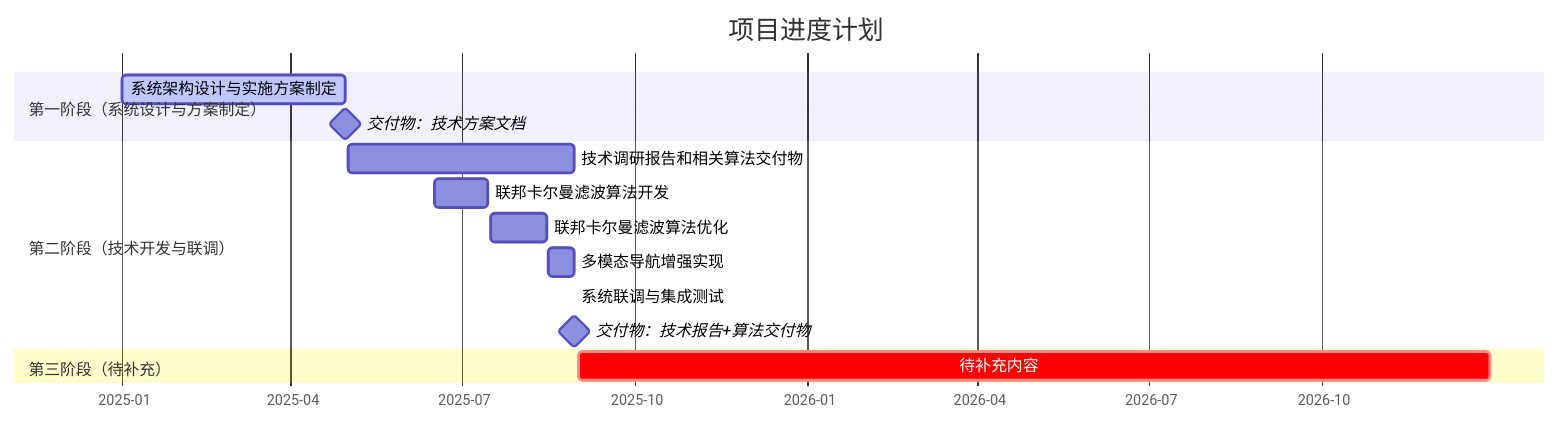
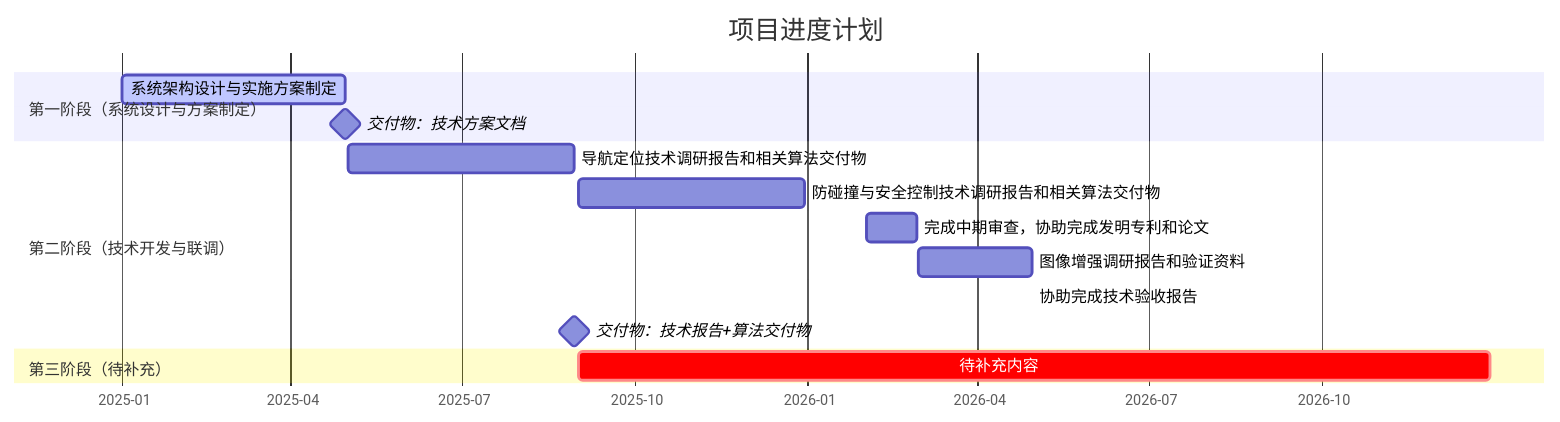
Before and after one commit to 12wym/study: the diagram in README.md, drawn with Mermaid. The commit also changed 1 other file, not shown here.

Commit message:
vault backup: 2025-05-18 17:11:21

````diff
--- a/README.md
+++ b/README.md
@@ -4,34 +4,34 @@
 ```mermaid
 
 gantt
 
     title 项目进度计划
 
     dateFormat  YYYY-MM-DD
 
     axisFormat  %Y-%m
 
     section 第一阶段（系统设计与方案制定）
 
     系统架构设计与实施方案制定 :active, a1, 2025-01-01, 2025-04-30
 
     交付物：技术方案文档          :milestone, m1, 2025-04-30, 0d
 
     section 第二阶段（技术开发与联调）
 
-    技术调研报告和相关算法交付物        :a2, 2025-05-01, 2025-08-30
+    导航定位技术调研报告和相关算法交付物        :a2, 2025-05-01, 2025-08-30
 
-    联邦卡尔曼滤波算法开发        :a3, 2025-06-16, 2025-07-15
+    防碰撞与安全控制技术调研报告和相关算法交付物       :a3, 2025-09-01, 2025-12-30
 
-    联邦卡尔曼滤波算法优化        :a4, 2025-07-16, 2025-08-15
+    完成中期审查，协助完成发明专利和论文      :a4, 2026-02-01, 2026-02-28
 
-    多模态导航增强实现            :a5, 2025-08-16, 2025-08-30
+    图像增强调研报告和验证资料:a5, 2026-03-01, 2026-04-30
 
-    系统联调与集成测试            :a6, after a5, 2025-08-30
+    协助完成技术验收报告           :a6, after a5, 2026-04-30
 
     交付物：技术报告+算法交付物    :milestone, m2, 2025-08-30, 0d
 
     section 第三阶段（待补充）
 
     待补充内容                   :crit, a7, 2025-09-01, 2026-12-30
 ```
````
